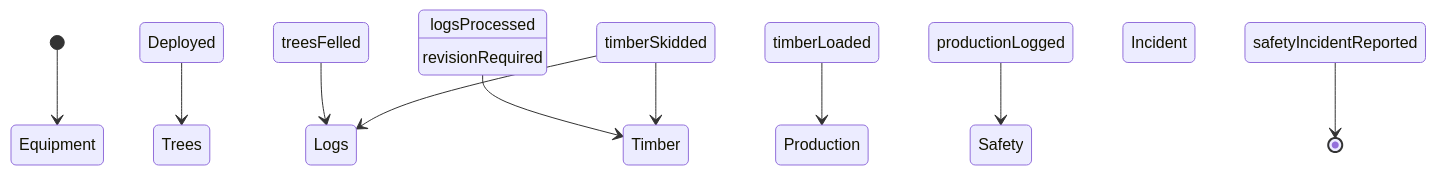
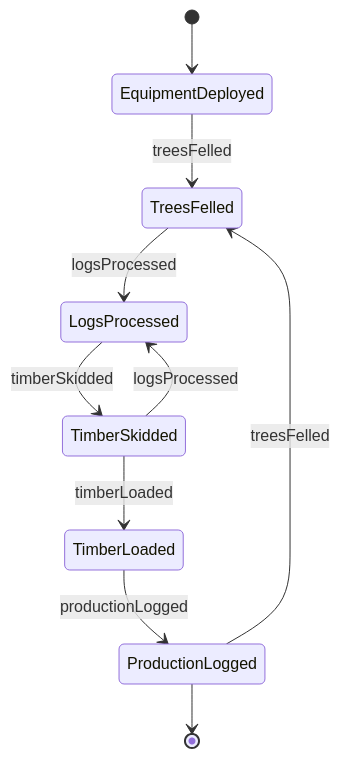
One commit to dot-org-ai/tasks.org.ai changed the second of 4 diagrams in ControllingMachinesAndProcesses/OperateAgriculturalOrForestryEquipment/OperateForestryEquipment.mdx. Above: the diagram before and after it, drawn with Mermaid. The commit also changed other lines of this file and 515 other files, not shown here.

````diff
--- a/ControllingMachinesAndProcesses/OperateAgriculturalOrForestryEquipment/OperateForestryEquipment.mdx
+++ b/ControllingMachinesAndProcesses/OperateAgriculturalOrForestryEquipment/OperateForestryEquipment.mdx
@@ -98,12 +98,12 @@
 ```mermaid
 stateDiagram-v2
-    [*] --> Equipment Deployed
-    Equipment Deployed --> Trees Felled : treesFelled
-    Trees Felled --> Logs Processed : logsProcessed
-    Logs Processed --> Timber Skidded : timberSkidded
-    Timber Skidded --> Timber Loaded : timberLoaded
-    Timber Loaded --> Production Logged : productionLogged
-    Production Logged --> Safety Incident Reported : safetyIncidentReported
-    Timber Skidded --> Logs Processed : revisionRequired
-    Safety Incident Reported --> [*]
+    [*] --> EquipmentDeployed
+    EquipmentDeployed --> TreesFelled : treesFelled
+    TreesFelled --> LogsProcessed : logsProcessed
+    LogsProcessed --> TimberSkidded : timberSkidded
+    TimberSkidded --> TimberLoaded : timberLoaded
+    TimberLoaded --> ProductionLogged : productionLogged
+    ProductionLogged --> TreesFelled : treesFelled
+    TimberSkidded --> LogsProcessed : logsProcessed
+    ProductionLogged --> [*]
 ```
````
